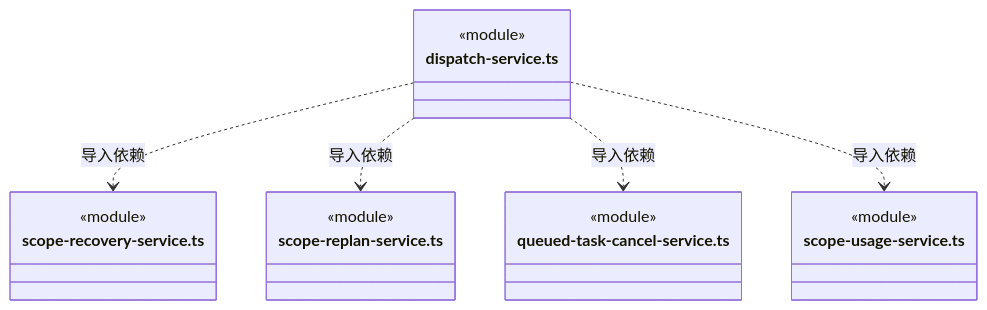
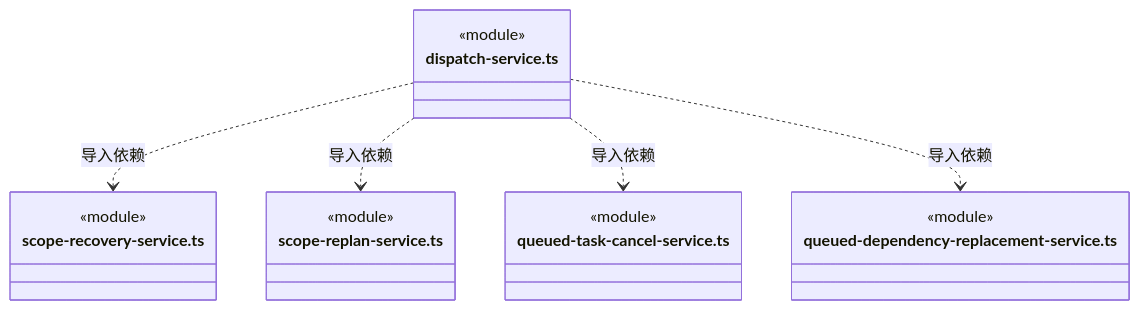
Diagram 40 of 50 in src/backend/scheduler-engine/execution/ARCHITECTURE.md (nan023062/cbim), drawn with Mermaid before and after one commit. The commit also changed other lines of this file and 53 other files, not shown here.

````diff
--- a/src/backend/scheduler-engine/execution/ARCHITECTURE.md
+++ b/src/backend/scheduler-engine/execution/ARCHITECTURE.md
@@ -1066,22 +1090,22 @@
 ```mermaid
 classDiagram
 class N_src_backend_scheduler_engine_execution_dispatch_service_ts["dispatch-service.ts"] {
   <<module>>
 }
 class N_src_backend_scheduler_engine_execution_scope_recovery_service_ts["scope-recovery-service.ts"] {
   <<module>>
 }
 class N_src_backend_scheduler_engine_execution_scope_replan_service_ts["scope-replan-service.ts"] {
   <<module>>
 }
 class N_src_backend_scheduler_engine_execution_queued_task_cancel_service_ts["queued-task-cancel-service.ts"] {
   <<module>>
 }
-class N_src_backend_scheduler_engine_execution_scope_usage_service_ts["scope-usage-service.ts"] {
+class N_src_backend_scheduler_engine_execution_queued_dependency_replacement_service_ts["queued-dependency-replacement-service.ts"] {
   <<module>>
 }
 N_src_backend_scheduler_engine_execution_dispatch_service_ts ..> N_src_backend_scheduler_engine_execution_scope_recovery_service_ts : 导入依赖
 N_src_backend_scheduler_engine_execution_dispatch_service_ts ..> N_src_backend_scheduler_engine_execution_scope_replan_service_ts : 导入依赖
 N_src_backend_scheduler_engine_execution_dispatch_service_ts ..> N_src_backend_scheduler_engine_execution_queued_task_cancel_service_ts : 导入依赖
-N_src_backend_scheduler_engine_execution_dispatch_service_ts ..> N_src_backend_scheduler_engine_execution_scope_usage_service_ts : 导入依赖
+N_src_backend_scheduler_engine_execution_dispatch_service_ts ..> N_src_backend_scheduler_engine_execution_queued_dependency_replacement_service_ts : 导入依赖
 ```
````
